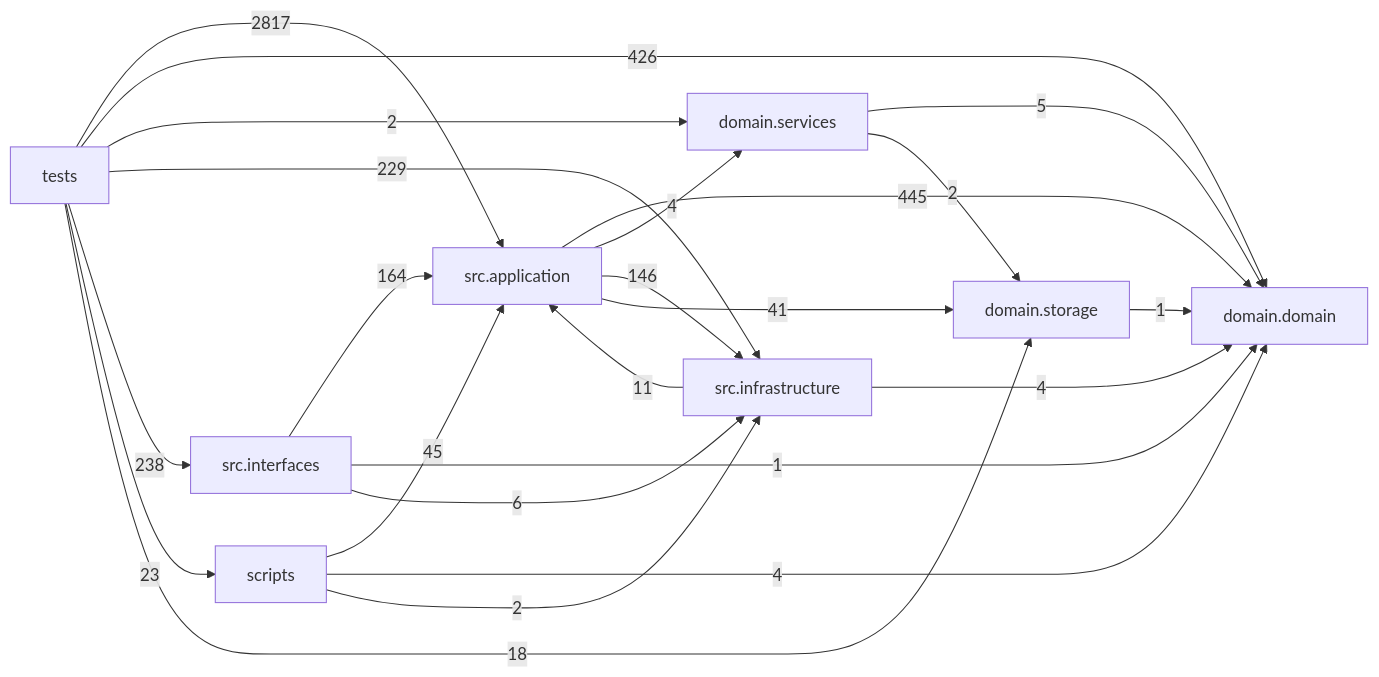
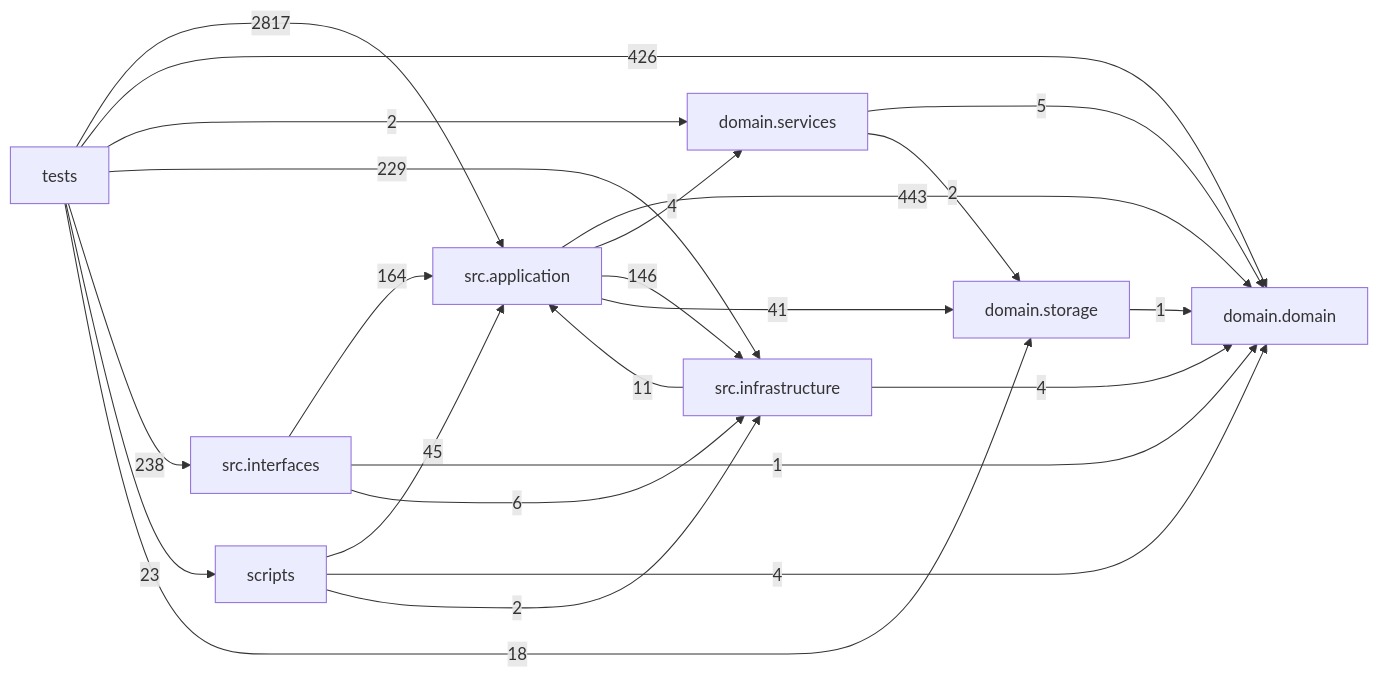
The diagram in docs/DEPENDENCY_GRAPH.md (liuxie066/options-monitor), drawn with Mermaid before and after one commit. The commit also changed other lines of this file and 13 other files, not shown here.

````diff
--- a/docs/DEPENDENCY_GRAPH.md
+++ b/docs/DEPENDENCY_GRAPH.md
@@ -24,33 +24,33 @@
 ```mermaid
 flowchart LR
   tests["tests"]
   scripts["scripts"]
   interfaces["src.interfaces"]
   application["src.application"]
   infrastructure["src.infrastructure"]
   domain_services["domain.services"]
   domain["domain.domain"]
   storage["domain.storage"]
-  application -->|445| domain
+  application -->|443| domain
   application -->|4| domain_services
   application -->|146| infrastructure
   application -->|41| storage
   domain_services -->|5| domain
   domain_services -->|2| storage
   infrastructure -->|11| application
   infrastructure -->|4| domain
   interfaces -->|164| application
   interfaces -->|1| domain
   interfaces -->|6| infrastructure
   scripts -->|45| application
   scripts -->|4| domain
   scripts -->|2| infrastructure
   storage -->|1| domain
   tests -->|2817| application
   tests -->|426| domain
   tests -->|2| domain_services
   tests -->|229| infrastructure
   tests -->|238| interfaces
   tests -->|23| scripts
   tests -->|18| storage
 ```
````
